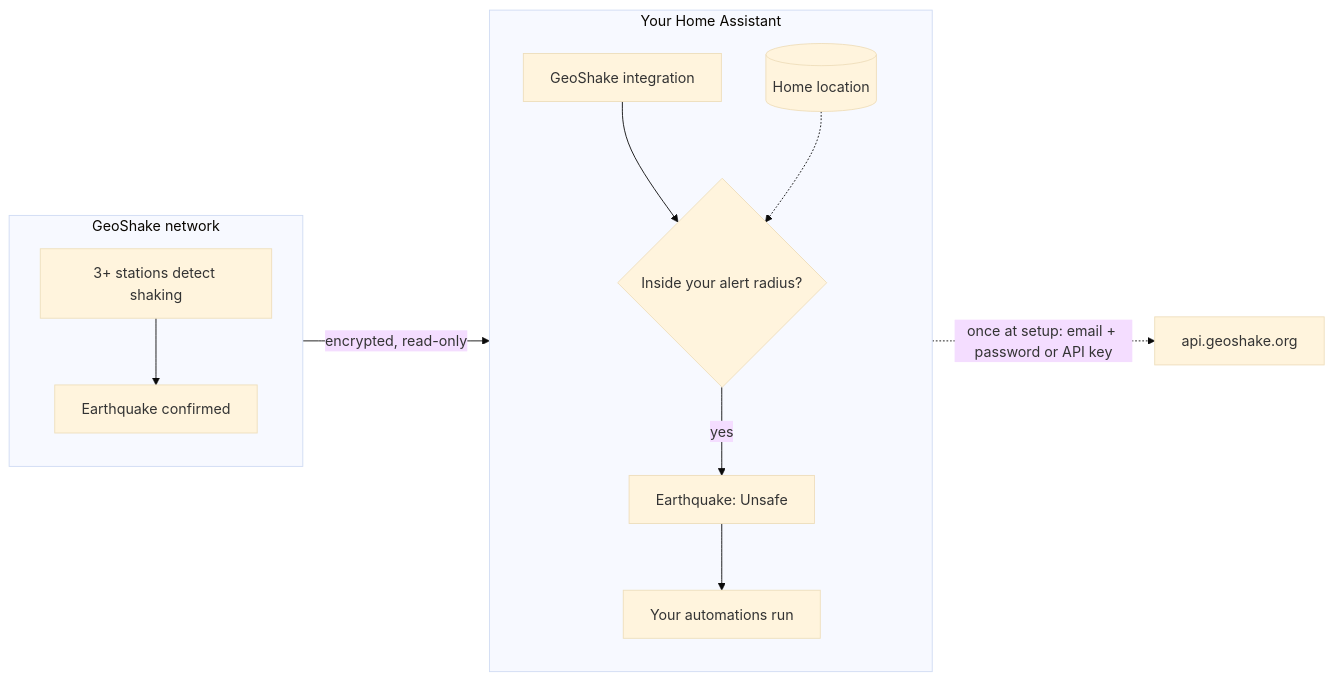
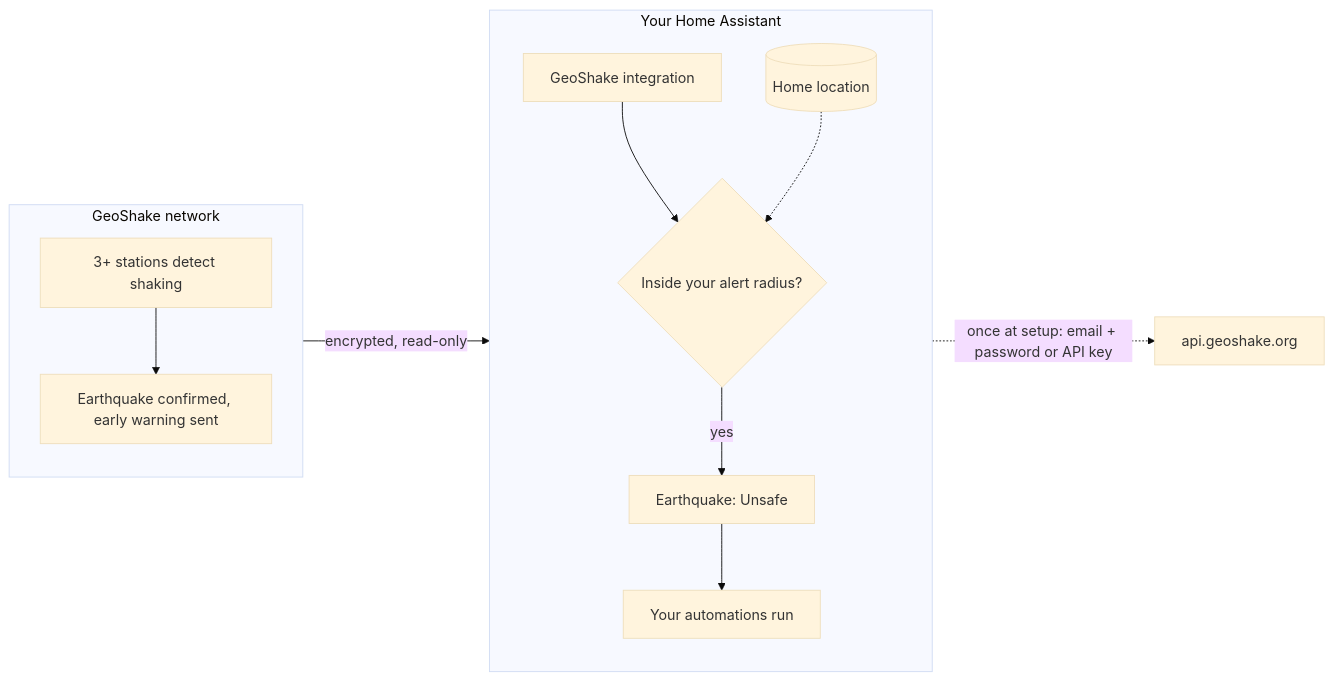
Before and after one commit to GeoShake/geoshake-homeassistant: the diagram in README.md, drawn with Mermaid (base theme). The commit also changed other lines of this file and 2 other files, not shown here.

First line of the commit message:
docs: lead with earthquake early warning

````diff
--- a/README.md
+++ b/README.md
@@ -108,16 +108,16 @@
 ```mermaid
 flowchart LR
   subgraph NET["GeoShake network"]
     direction TB
-    S["3+ stations detect shaking"] --> C["Earthquake confirmed"]
+    S["3+ stations detect shaking"] --> C["Earthquake confirmed, early warning sent"]
   end
   subgraph HOME["Your Home Assistant"]
     direction TB
     I["GeoShake integration"] --> D{"Inside your alert radius?"}
     L[("Home location")] -.-> D
     D -- "yes" --> E["Earthquake: Unsafe"]
     E --> A["Your automations run"]
   end
   C -- "encrypted, read-only" --> I
   I -. "once at setup: email + password or API key" .-> K["api.geoshake.org"]
 ```
````
